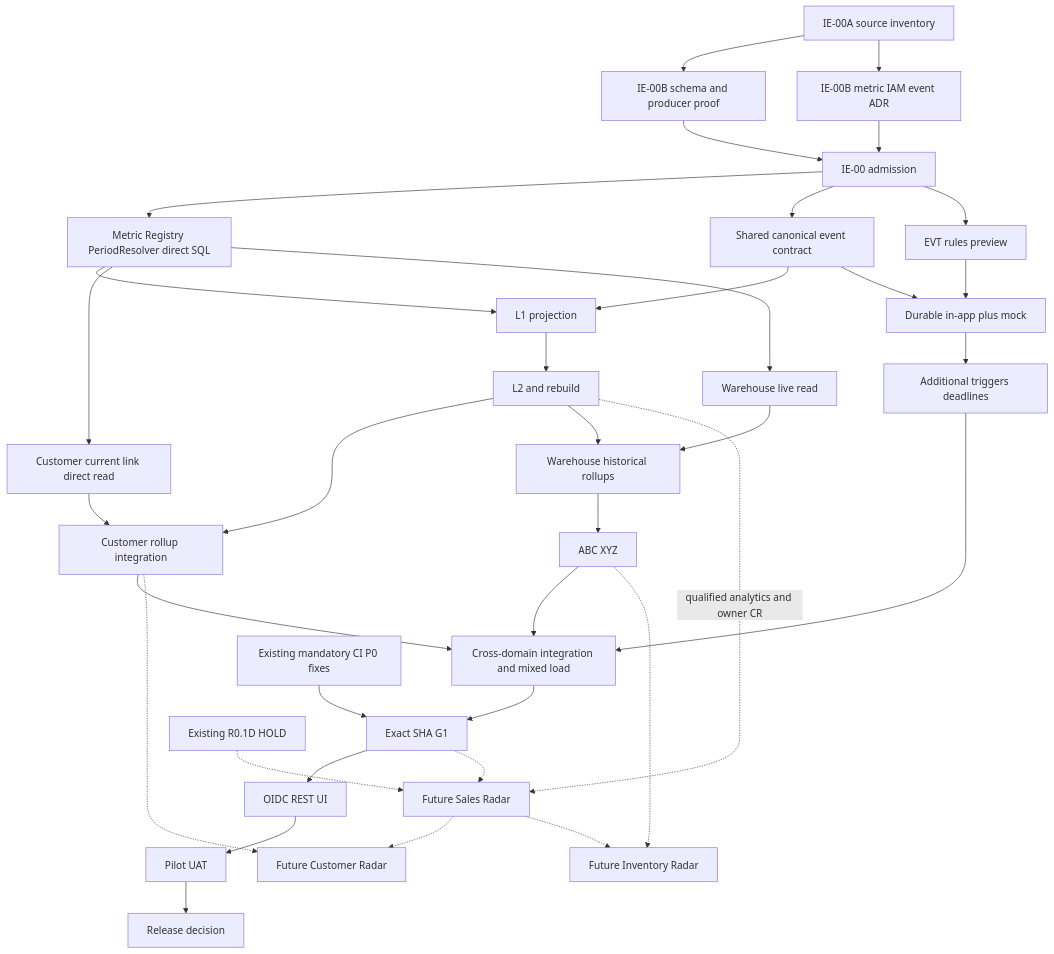
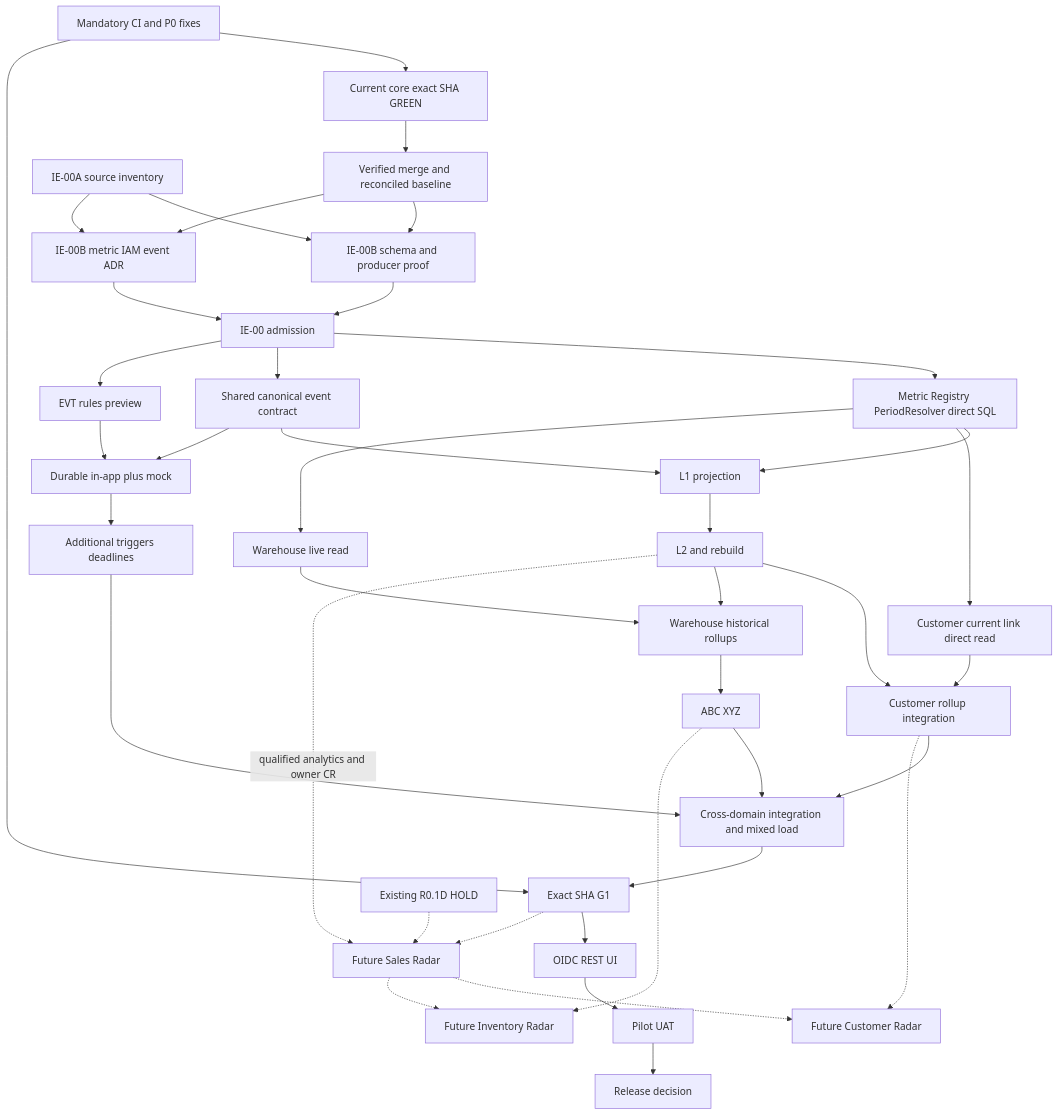
Before and after one commit to alimbetov/RM: the diagram in docs/spec/RM-INTELLIGENT-COMMERCE-EXECUTION-DAG-R1.md, drawn with Mermaid. The commit also changed other lines of this file and 7 other files, not shown here.

Commit message:
docs(intelligence): refresh master inventory and DAG for stabilization-first merge

````diff
--- a/docs/spec/RM-INTELLIGENT-COMMERCE-EXECUTION-DAG-R1.md
+++ b/docs/spec/RM-INTELLIGENT-COMMERCE-EXECUTION-DAG-R1.md
@@ -8,38 +18,42 @@
 ```mermaid
 flowchart TD
- A0[IE-00A source inventory] --> A1[IE-00B schema and producer proof]
- A0 --> A2[IE-00B metric IAM event ADR]
+ P0[Mandatory CI and P0 fixes] --> Q0[Current core exact SHA GREEN]
+ Q0 --> Q1[Verified merge and reconciled baseline]
+ Q1 --> A1[IE-00B schema and producer proof]
+ Q1 --> A2[IE-00B metric IAM event ADR]
+ A0[IE-00A source inventory] --> A1
+ A0 --> A2
  A1 --> A3[IE-00 admission]
  A2 --> A3
  A3 --> B1[Metric Registry PeriodResolver direct SQL]
  A3 --> B2[Shared canonical event contract]
  A3 --> E1[EVT rules preview]
  B1 --> B3[L1 projection]
  B2 --> B3
  B3 --> B4[L2 and rebuild]
  B1 --> C1[Customer current link direct read]
  B1 --> W1[Warehouse live read]
  B2 --> E2[Durable in-app plus mock]
  E1 --> E2
  B4 --> C2[Customer rollup integration]
  C1 --> C2
  B4 --> W2[Warehouse historical rollups]
  W1 --> W2
  W2 --> W3[ABC XYZ]
  E2 --> E3[Additional triggers deadlines]
  C2 --> X1[Cross-domain integration and mixed load]
  W3 --> X1
  E3 --> X1
  X1 --> G1[Exact SHA G1]
- P0[Existing mandatory CI P0 fixes] --> G1
+ P0 --> G1
  G1 --> G2[OIDC REST UI]
  G2 --> G3[Pilot UAT]
  G3 --> G4[Release decision]
  B4 -. qualified analytics and owner CR .-> R2[Future Sales Radar]
  G1 -.-> R2
  R0[Existing R0.1D HOLD] -.-> R2
  R2 -.-> R3[Future Customer Radar]
  C2 -.-> R3
  R2 -.-> R4[Future Inventory Radar]
  W3 -.-> R4
 ```
````
